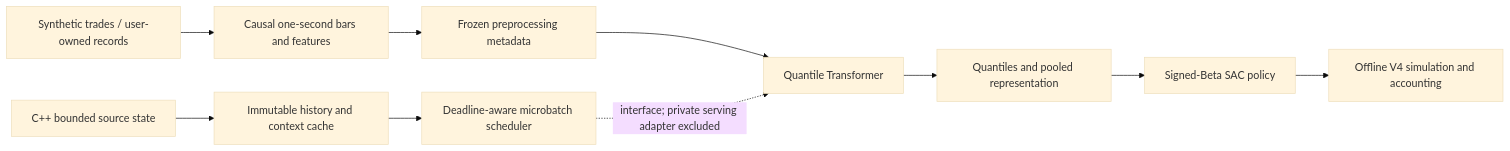
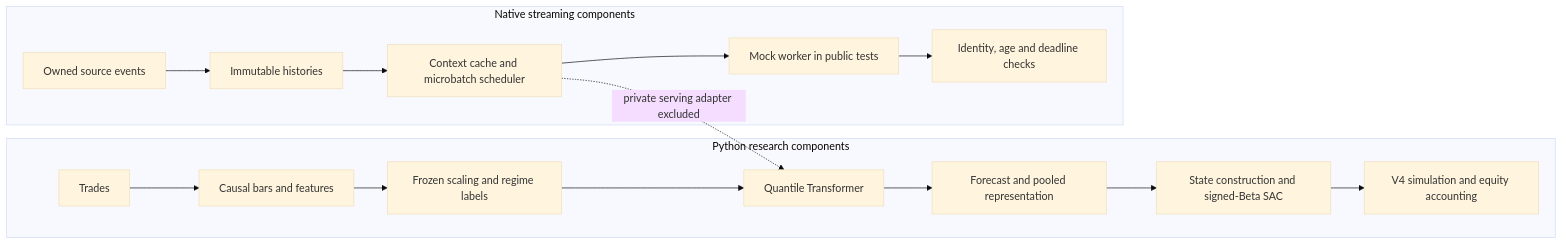
The diagram in README.md (simostocco/transformer-sac-research), drawn with Mermaid (base theme) before and after one commit. The commit also changed other lines of this file and 6 other files, not shown here.

````diff
--- a/README.md
+++ b/README.md
@@ -13,12 +30,18 @@
 ```mermaid
 flowchart LR
-    A[Synthetic trades / user-owned records] --> B[Causal one-second bars and features]
-    B --> C[Frozen preprocessing metadata]
-    C --> D[Quantile Transformer]
-    D --> E[Quantiles and pooled representation]
-    E --> F[Signed-Beta SAC policy]
-    F --> G[Offline V4 simulation and accounting]
-    H[C++ bounded source state] --> I[Immutable history and context cache]
-    I --> J[Deadline-aware microbatch scheduler]
-    J -. interface; private serving adapter excluded .-> D
+    subgraph P[Python research components]
+        T[Trades] --> F[Causal bars and features]
+        F --> X[Frozen scaling and regime labels]
+        X --> Q[Quantile Transformer]
+        Q --> O[Forecast and pooled representation]
+        O --> S[State construction and signed-Beta SAC]
+        S --> V[V4 simulation and equity accounting]
+    end
+    subgraph N[Native streaming components]
+        E[Owned source events] --> H[Immutable histories]
+        H --> C[Context cache and microbatch scheduler]
+        C --> M[Mock worker in public tests]
+        M --> D[Identity, age and deadline checks]
+    end
+    C -. private serving adapter excluded .-> Q
 ```
````
